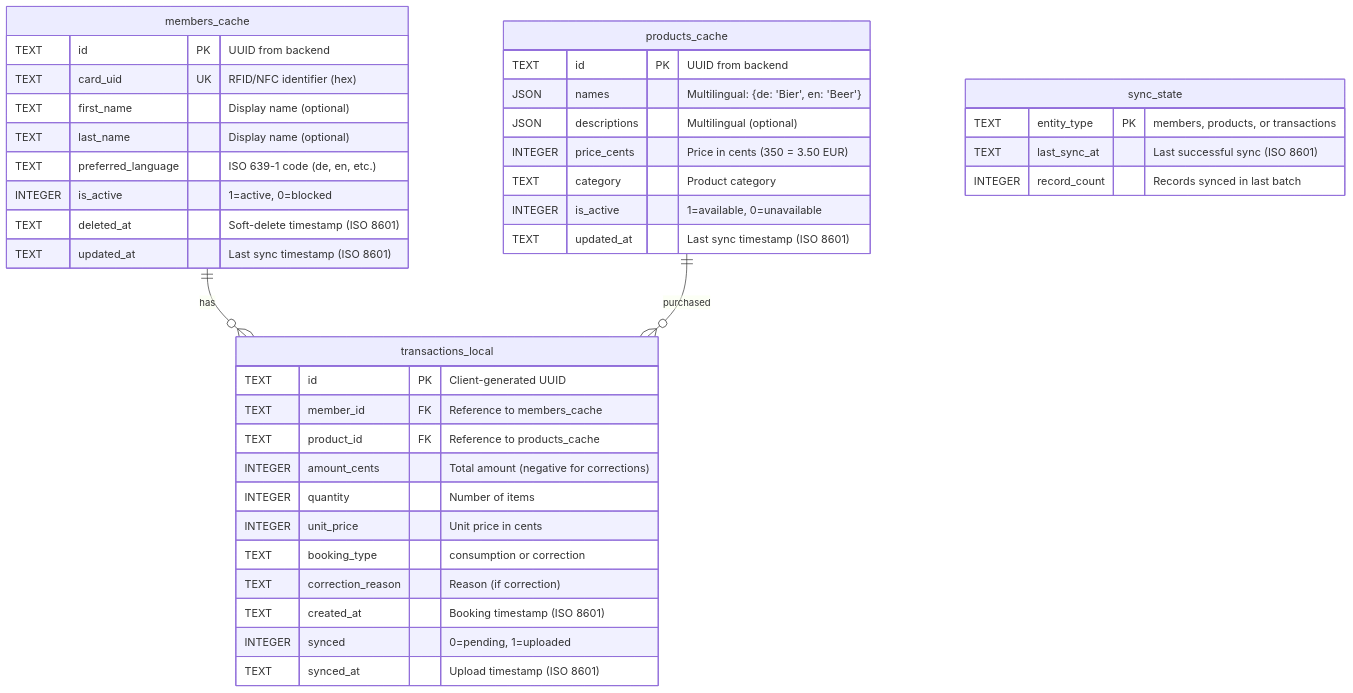
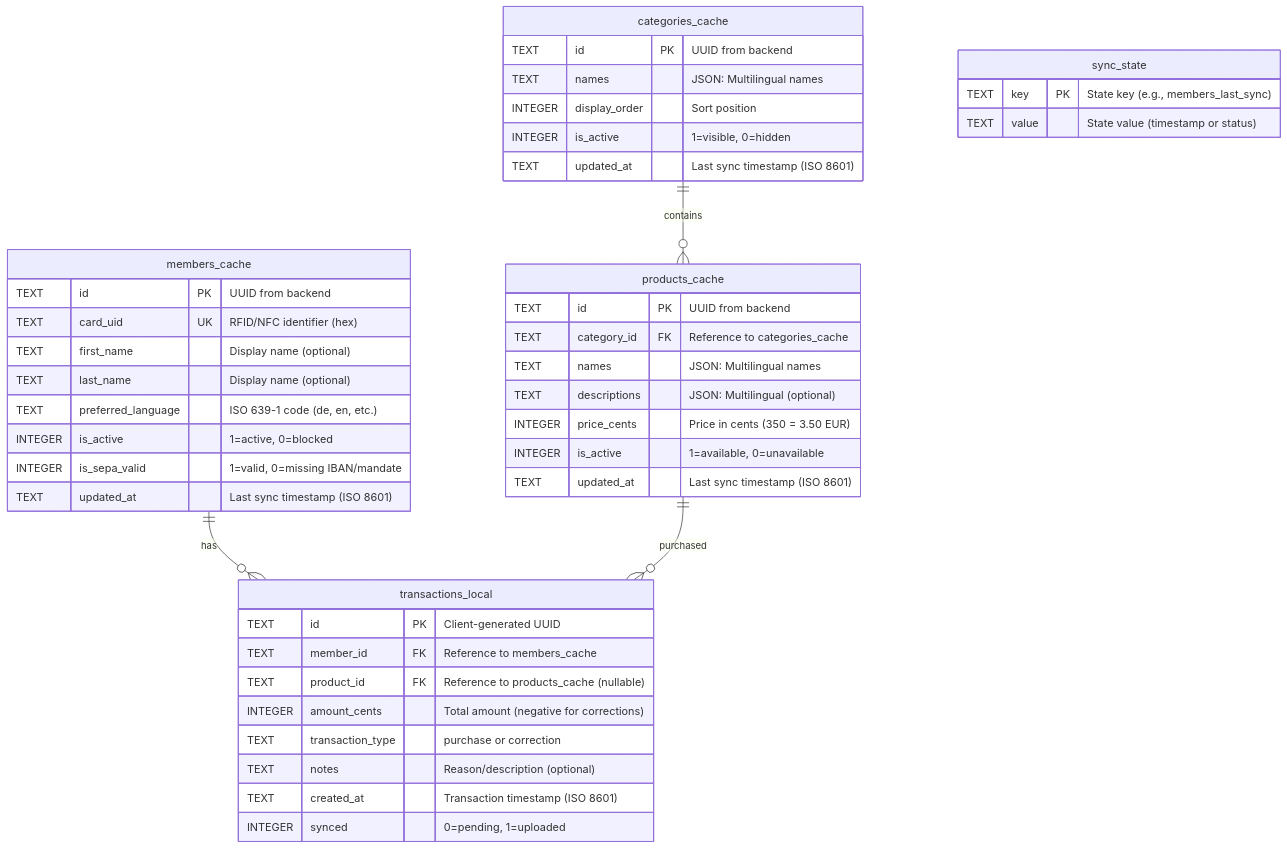
One commit to dgloeckner/clubbar changed the first of 3 diagrams in docs/erm-frontend.md. Above: the diagram before and after it, drawn with Mermaid. The commit also changed other lines of this file and 1 other file, not shown here.

````diff
--- a/docs/erm-frontend.md
+++ b/docs/erm-frontend.md
@@ -23,46 +23,51 @@
 ```mermaid
 erDiagram
     members_cache {
         TEXT id PK "UUID from backend"
         TEXT card_uid UK "RFID/NFC identifier (hex)"
         TEXT first_name "Display name (optional)"
         TEXT last_name "Display name (optional)"
         TEXT preferred_language "ISO 639-1 code (de, en, etc.)"
         INTEGER is_active "1=active, 0=blocked"
-        TEXT deleted_at "Soft-delete timestamp (ISO 8601)"
+        INTEGER is_sepa_valid "1=valid, 0=missing IBAN/mandate"
+        TEXT updated_at "Last sync timestamp (ISO 8601)"
+    }
+
+    categories_cache {
+        TEXT id PK "UUID from backend"
+        TEXT names "JSON: Multilingual names"
+        INTEGER display_order "Sort position"
+        INTEGER is_active "1=visible, 0=hidden"
         TEXT updated_at "Last sync timestamp (ISO 8601)"
     }
 
     products_cache {
         TEXT id PK "UUID from backend"
-        JSON names "Multilingual: {de: 'Bier', en: 'Beer'}"
-        JSON descriptions "Multilingual (optional)"
+        TEXT category_id FK "Reference to categories_cache"
+        TEXT names "JSON: Multilingual names"
+        TEXT descriptions "JSON: Multilingual (optional)"
         INTEGER price_cents "Price in cents (350 = 3.50 EUR)"
-        TEXT category "Product category"
         INTEGER is_active "1=available, 0=unavailable"
         TEXT updated_at "Last sync timestamp (ISO 8601)"
     }
 
     transactions_local {
         TEXT id PK "Client-generated UUID"
         TEXT member_id FK "Reference to members_cache"
-        TEXT product_id FK "Reference to products_cache"
+        TEXT product_id FK "Reference to products_cache (nullable)"
         INTEGER amount_cents "Total amount (negative for corrections)"
-        INTEGER quantity "Number of items"
-        INTEGER unit_price "Unit price in cents"
-        TEXT booking_type "consumption or correction"
-        TEXT correction_reason "Reason (if correction)"
-        TEXT created_at "Booking timestamp (ISO 8601)"
+        TEXT transaction_type "purchase or correction"
+        TEXT notes "Reason/description (optional)"
+        TEXT created_at "Transaction timestamp (ISO 8601)"
         INTEGER synced "0=pending, 1=uploaded"
-        TEXT synced_at "Upload timestamp (ISO 8601)"
     }
 
     sync_state {
-        TEXT entity_type PK "members, products, or transactions"
-        TEXT last_sync_at "Last successful sync (ISO 8601)"
-        INTEGER record_count "Records synced in last batch"
+        TEXT key PK "State key (e.g., members_last_sync)"
+        TEXT value "State value (timestamp or status)"
     }
 
+    categories_cache ||--o{ products_cache : "contains"
     members_cache ||--o{ transactions_local : "has"
     products_cache ||--o{ transactions_local : "purchased"
 ```
````
